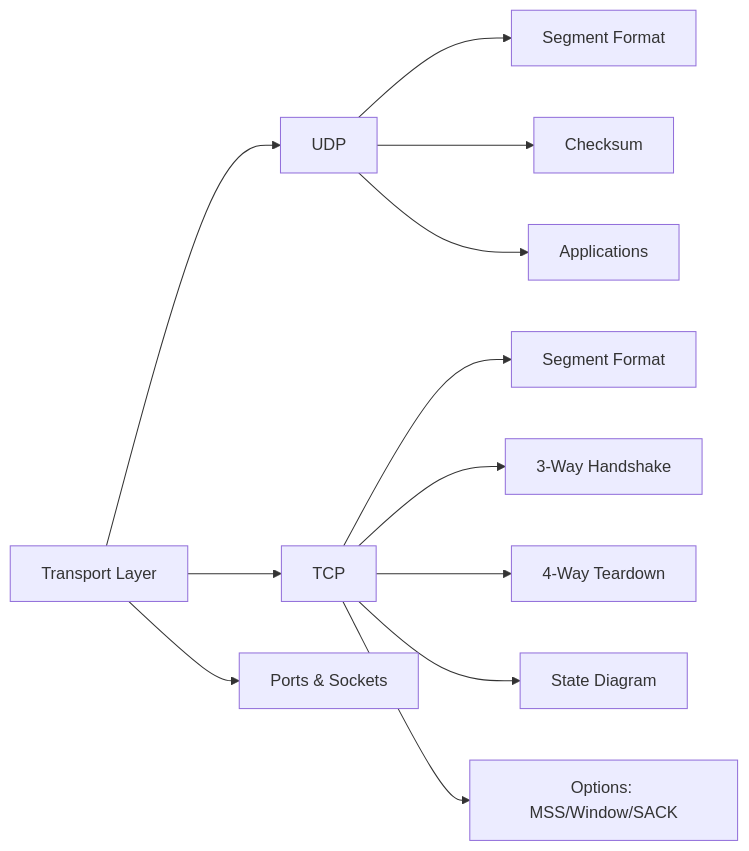
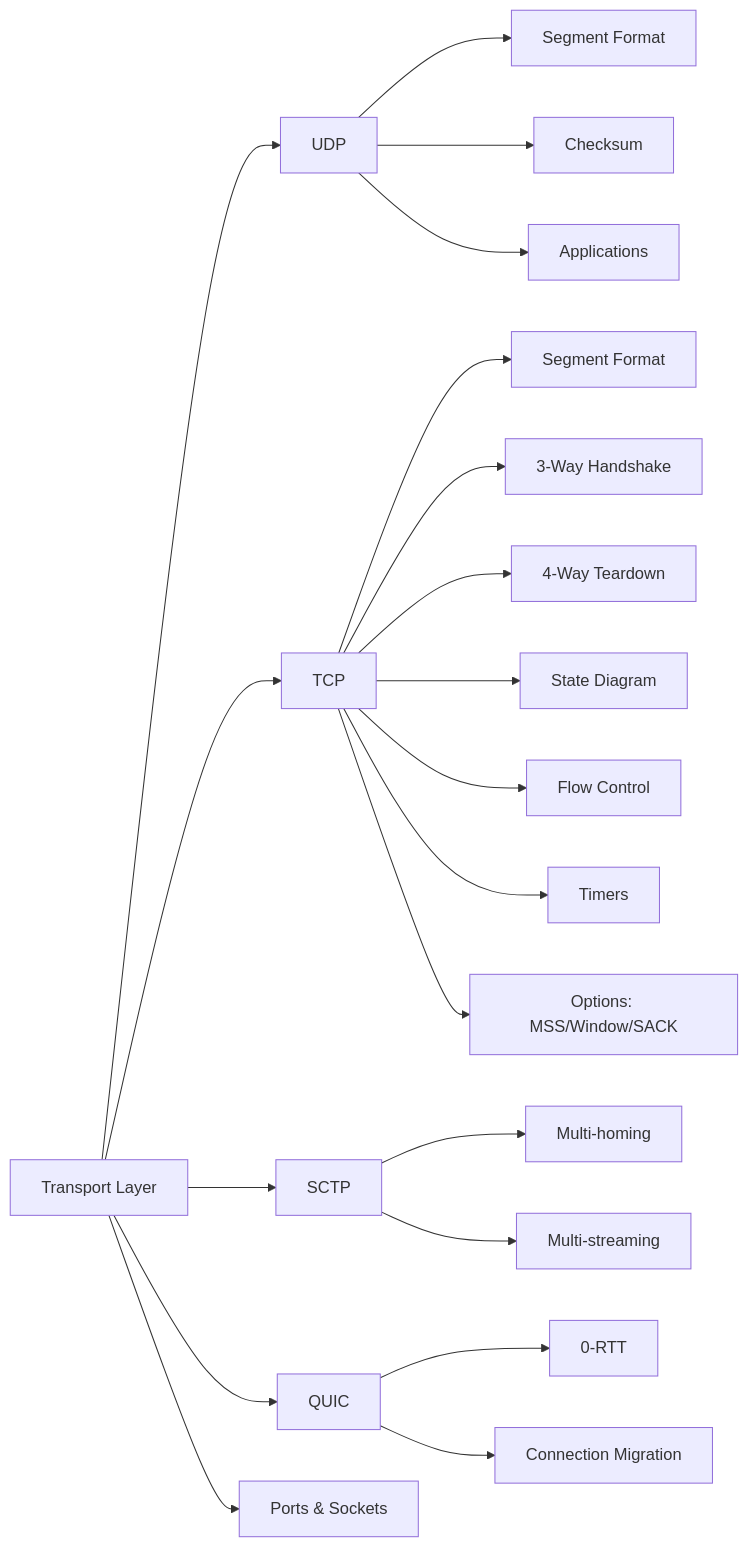
The diagram in docs/courses/computer-networks/08-transport-layer.md (Raushan666java/ai-engineering-journey), drawn with Mermaid before and after one commit. The commit also changed other lines of this file and 17 other files, not shown here.

````diff
--- a/docs/courses/computer-networks/08-transport-layer.md
+++ b/docs/courses/computer-networks/08-transport-layer.md
@@ -27,14 +31,22 @@
 ```mermaid
 flowchart LR
     A[Transport Layer] --> B[UDP]
     A --> C[TCP]
+    A --> D[SCTP]
+    A --> E[QUIC]
     B --> B1[Segment Format]
     B --> B2[Checksum]
     B --> B3[Applications]
     C --> C1[Segment Format]
     C --> C2[3-Way Handshake]
     C --> C3[4-Way Teardown]
     C --> C4[State Diagram]
-    C --> C5[Options: MSS/Window/SACK]
-    A --> D[Ports & Sockets]
+    C --> C5[Flow Control]
+    C --> C6[Timers]
+    C --> C7[Options: MSS/Window/SACK]
+    D --> D1[Multi-homing]
+    D --> D2[Multi-streaming]
+    E --> E1[0-RTT]
+    E --> E2[Connection Migration]
+    A --> F[Ports & Sockets]
 ```
````
